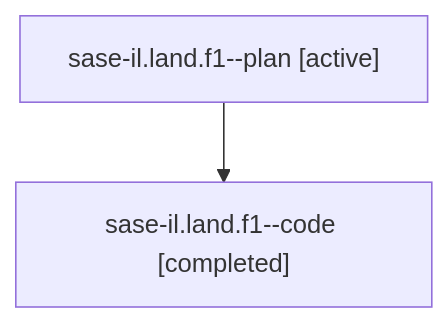
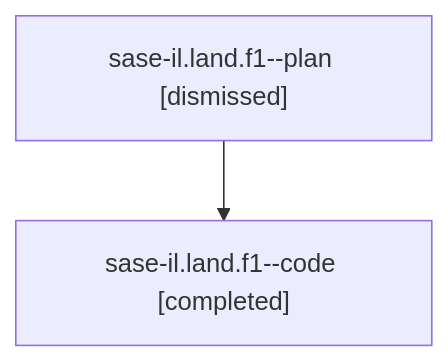
Before and after one commit to sase-org/sase--agents: the diagram in sessions/bbugyi200.athena.sase-il.land.f1.md, drawn with Mermaid. The commit also changed other lines of this file and 73 other files, not shown here.

````diff
--- a/sessions/bbugyi200.athena.sase-il.land.f1.md
+++ b/sessions/bbugyi200.athena.sase-il.land.f1.md
@@ -9,6 +9,6 @@
 ```mermaid
 flowchart TD
-  n0["sase-il.land.f1--plan [active]"]
+  n0["sase-il.land.f1--plan [dismissed]"]
   n1["sase-il.land.f1--code [completed]"]
   n0 --> n1
 ```
````
